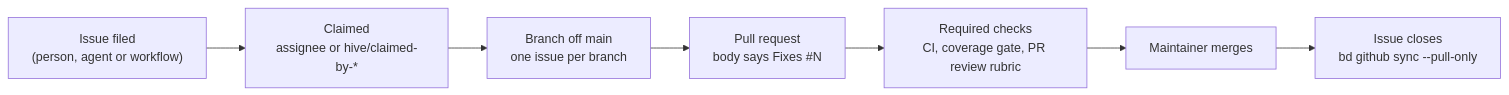
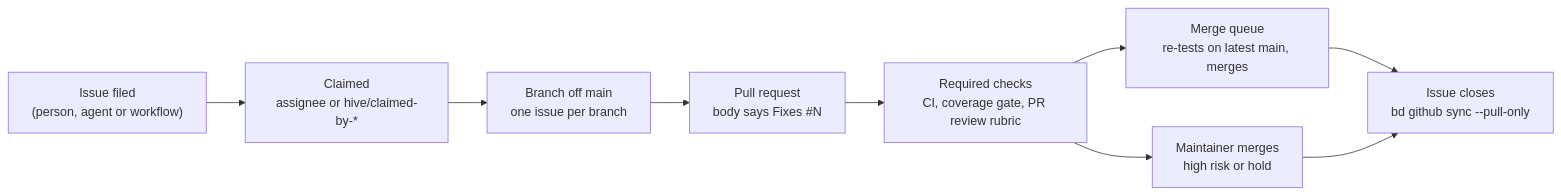
The diagram in docs/multi-agent.md (Tim-van-Oudheusden/website), drawn with Mermaid before and after one commit. The commit also changed other lines of this file and 14 other files, not shown here.

Commit message:
ci: merge ready pull requests through a merge queue (#967)

````diff
--- a/docs/multi-agent.md
+++ b/docs/multi-agent.md
@@ -28,9 +28,11 @@
 ```mermaid
 flowchart LR
     file["Issue filed<br/>(person, agent or workflow)"] --> claim["Claimed<br/>assignee or hive/claimed-by-*"]
     claim --> branch["Branch off main<br/>one issue per branch"]
     branch --> pr["Pull request<br/>body says Fixes #N"]
     pr --> checks["Required checks<br/>CI, coverage gate, PR review rubric"]
-    checks --> merge["Maintainer merges"]
-    merge --> close["Issue closes<br/>bd github sync --pull-only"]
+    checks --> queue["Merge queue<br/>re-tests on latest main, merges"]
+    checks --> manual["Maintainer merges<br/>high risk or hold"]
+    queue --> close["Issue closes<br/>bd github sync --pull-only"]
+    manual --> close
 ```
````
